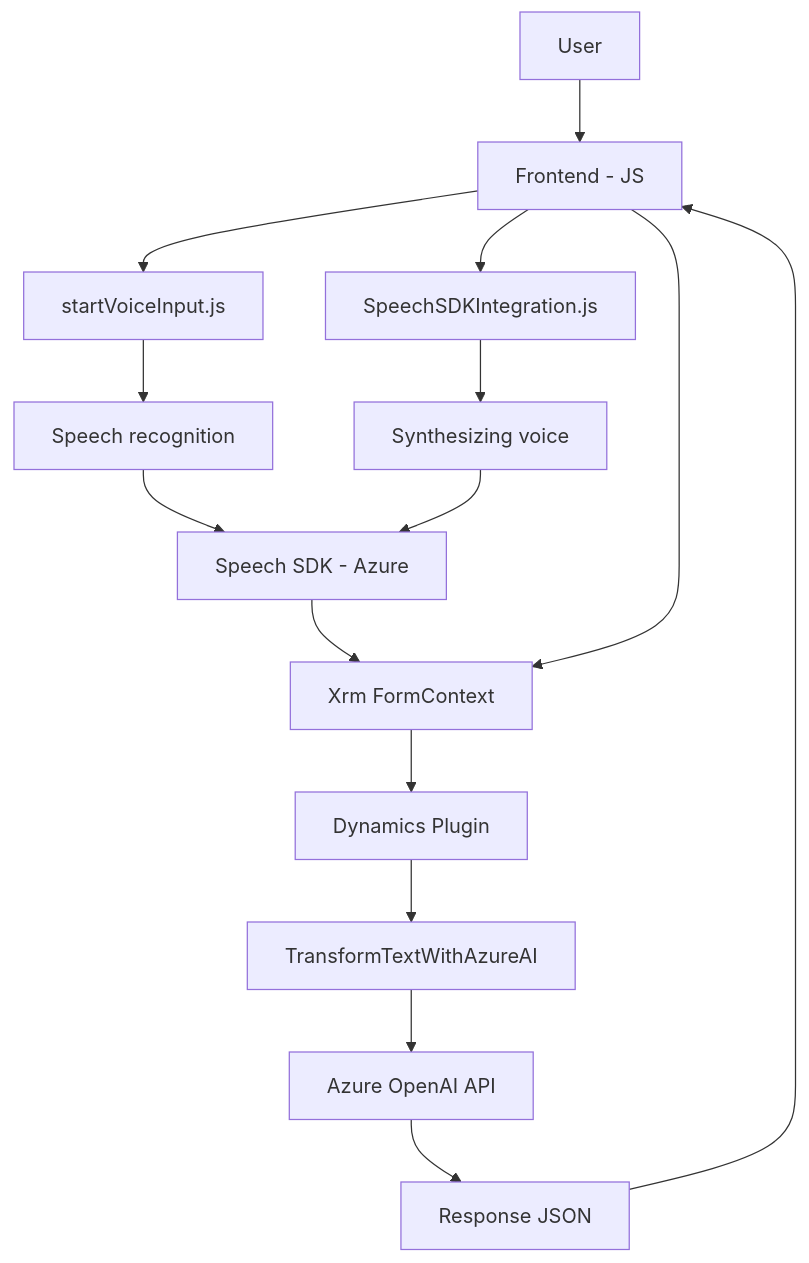
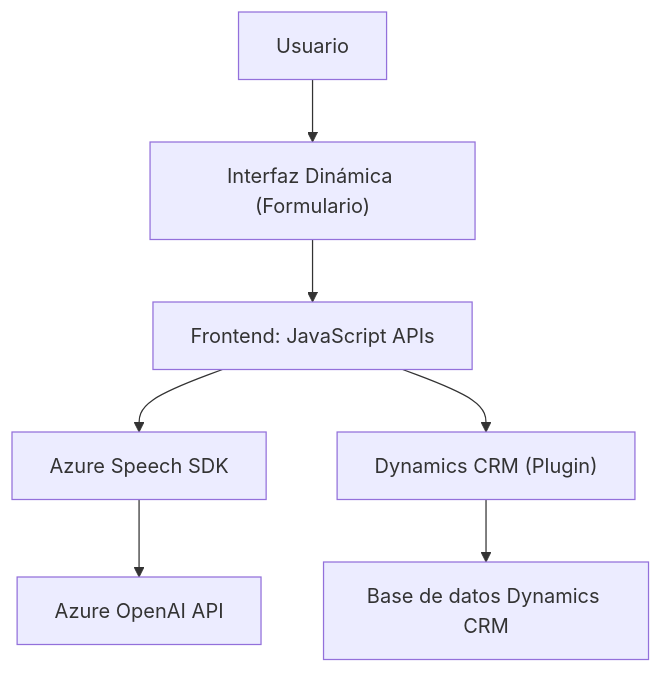
Before and after one commit to blopezdm/NETCORE_BILBAO2025: the diagram in README.md, drawn with Mermaid. The commit also changed other lines of this file, not shown here.

````diff
--- a/README.md
+++ b/README.md
@@ -48,17 +32,17 @@
 ```mermaid
 graph TD
-    A["User"] --> B["Frontend - JS"]
-    B --> C["SpeechSDKIntegration.js"]
-    B --> D["startVoiceInput.js"]
-    D["startVoiceInput.js"] --> D1["Speech recognition"]
-    D1 --> E["Speech SDK - Azure"]
-    C["SpeechSDKIntegration.js"] --> C1["Synthesizing voice"]
-    C1 --> E
-    E["Speech SDK - Azure"] --> F["Xrm FormContext"]
-    B --> F
-    F --> G["Dynamics Plugin"]
-    G --> H["TransformTextWithAzureAI"]
-    H --> I["Azure OpenAI API"]
-    I --> J["Response JSON"]
-    J --> B
+    A[Usuario]
+    B["Interfaz Dinámica (Formulario)"]
+    C["Frontend: JavaScript APIs"]
+    D["Azure Speech SDK"]
+    E["Azure OpenAI API"]
+    F["Dynamics CRM (Plugin)"]
+    G["Base de datos Dynamics CRM"]
+
+    A --> B
+    B --> C
+    C --> D
+    C --> F
+    D --> E
+    F --> G
 ```
````
